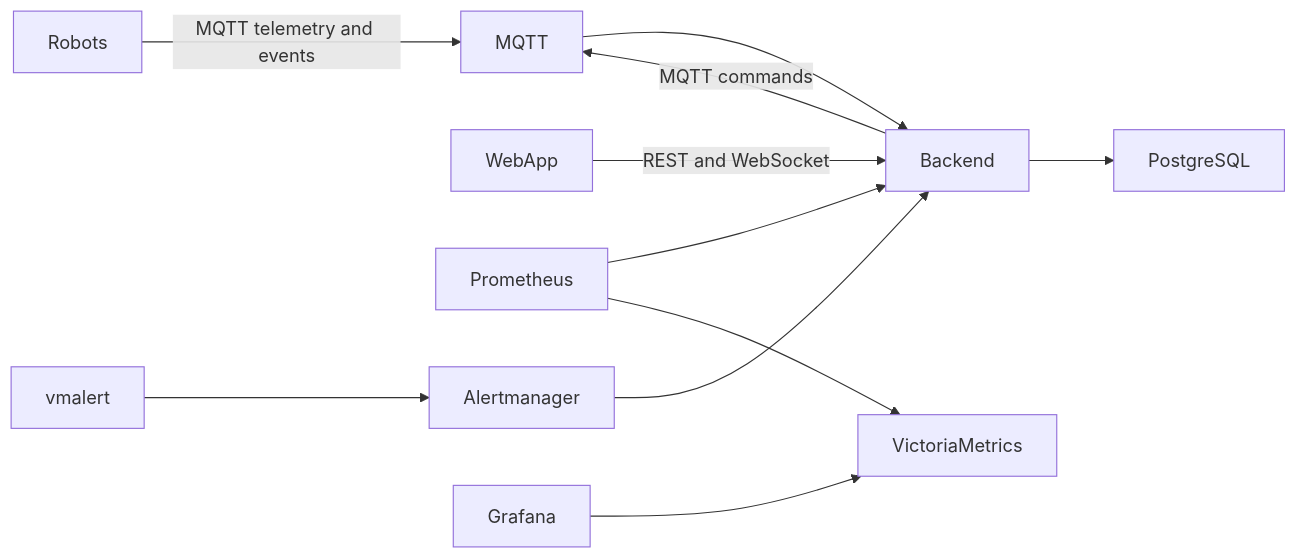
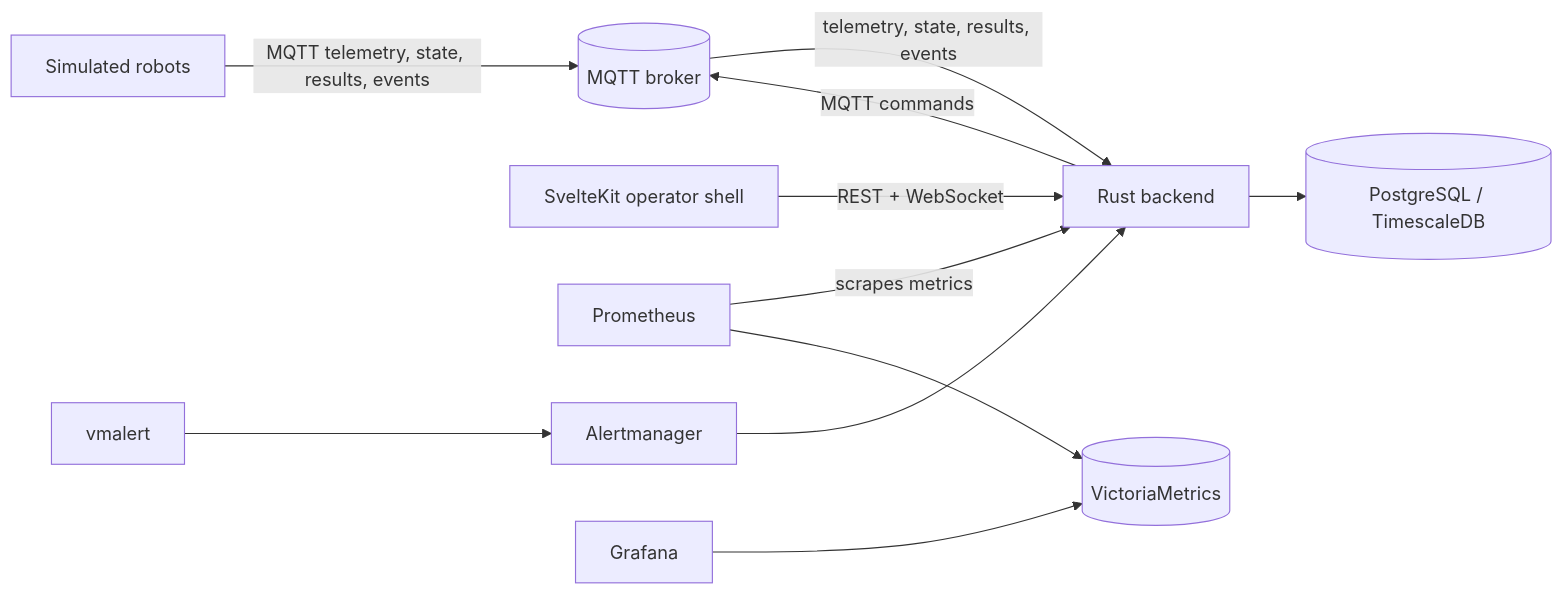
One commit to satr/robot-fleet changed the first of 3 diagrams in README.md. Above: the diagram before and after it, drawn with Mermaid. The commit also changed other lines of this file and 2 other files, not shown here.

````diff
--- a/README.md
+++ b/README.md
@@ -9,13 +17,13 @@
 ```mermaid
 flowchart LR
-    Robots -->|MQTT telemetry and events| MQTT
-    Backend -->|MQTT commands| MQTT
-    MQTT --> Backend
-    Backend --> PostgreSQL
-    WebApp -->|REST and WebSocket| Backend
-    Prometheus --> Backend
-    Prometheus --> VictoriaMetrics
+    Robots[Simulated robots] -->|MQTT telemetry, state, results, events| MQTT[(MQTT broker)]
+    Backend[Rust backend] -->|MQTT commands| MQTT
+    MQTT -->|telemetry, state, results, events| Backend
+    Backend --> PostgreSQL[(PostgreSQL / TimescaleDB)]
+    WebApp[SvelteKit operator shell] -->|REST + WebSocket| Backend
+    Prometheus -->|scrapes metrics| Backend
+    Prometheus --> VictoriaMetrics[(VictoriaMetrics)]
     vmalert --> Alertmanager
     Alertmanager --> Backend
     Grafana --> VictoriaMetrics
 ```
````
